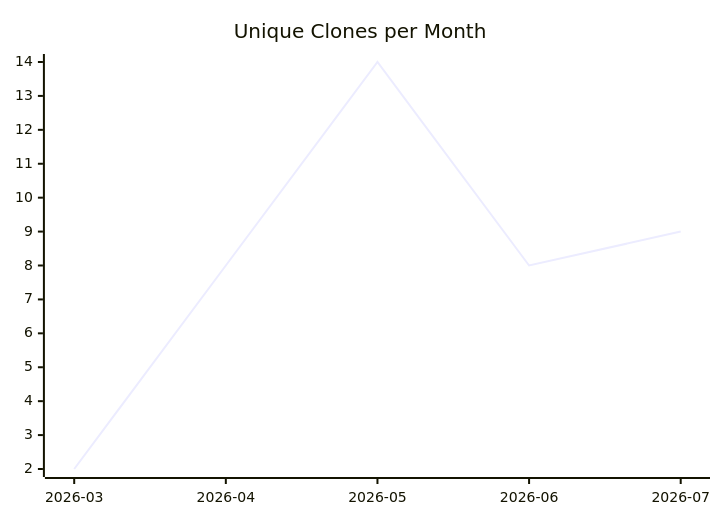
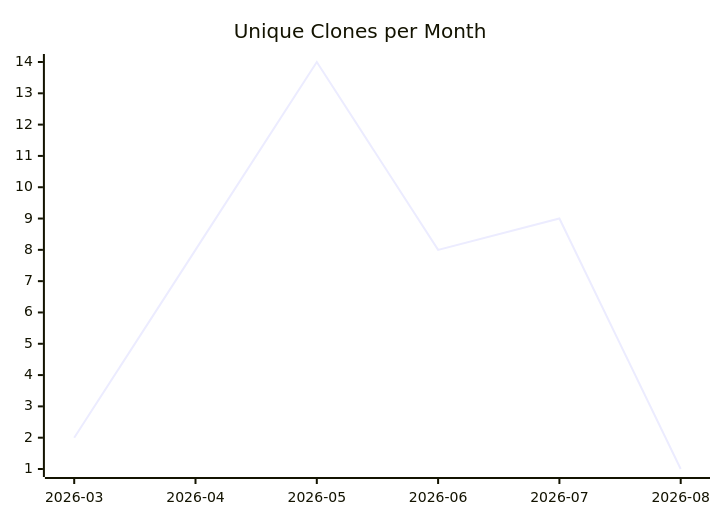
One commit to justdavis-family/github-analytics-data changed the third of 3 diagrams in karlmdavis/kobjects/README.md. Above: the diagram before and after it, drawn with Mermaid. The commit also changed other lines of this file and 180 other files, not shown here.

````diff
--- a/karlmdavis/kobjects/README.md
+++ b/karlmdavis/kobjects/README.md
@@ -19,6 +19,6 @@
 ```mermaid
 xychart-beta
   title "Unique Clones per Month"
-  x-axis ["2026-03", "2026-04", "2026-05", "2026-06", "2026-07"]
-  line [2, 8, 14, 8, 9]
+  x-axis ["2026-03", "2026-04", "2026-05", "2026-06", "2026-07", "2026-08"]
+  line [2, 8, 14, 8, 9, 1]
 ```
````
